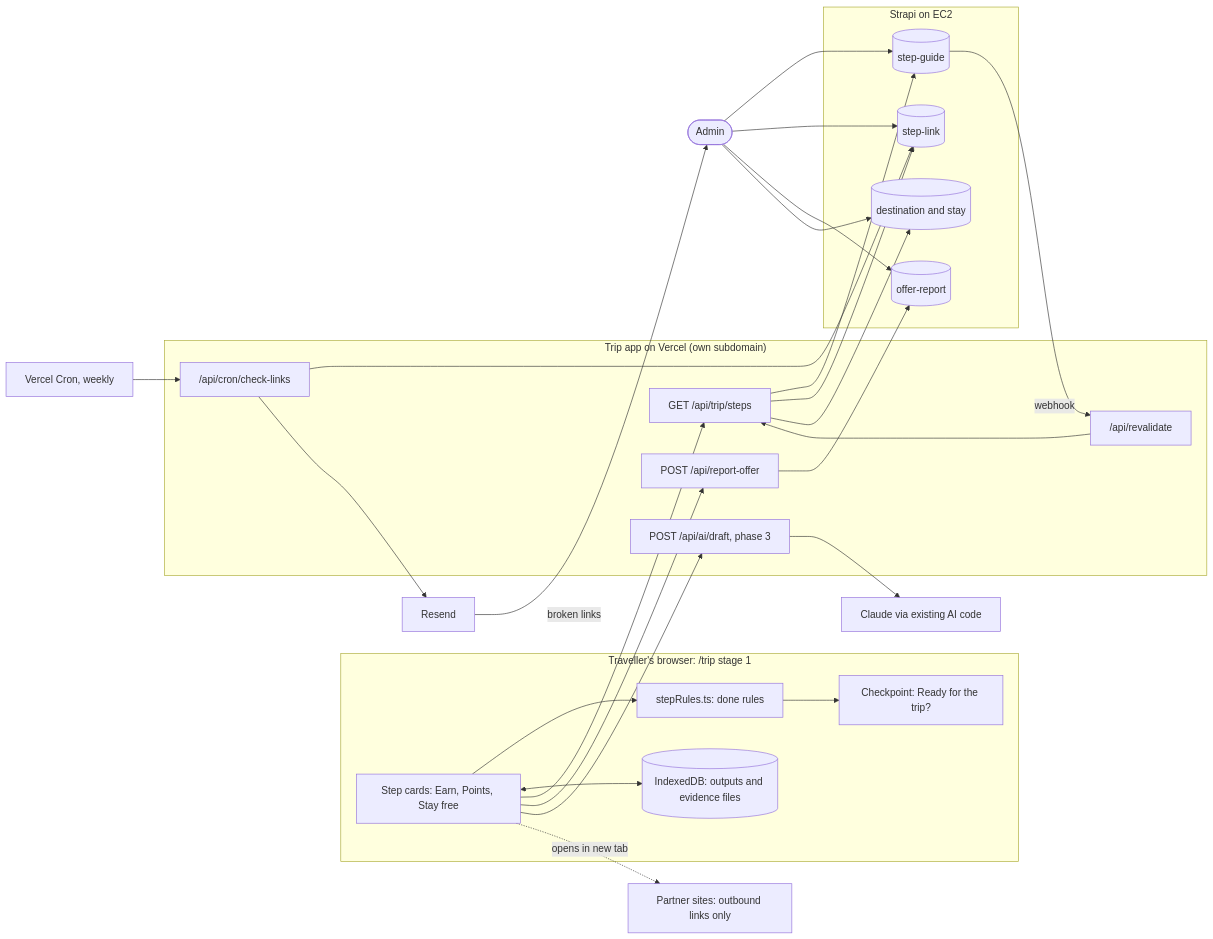
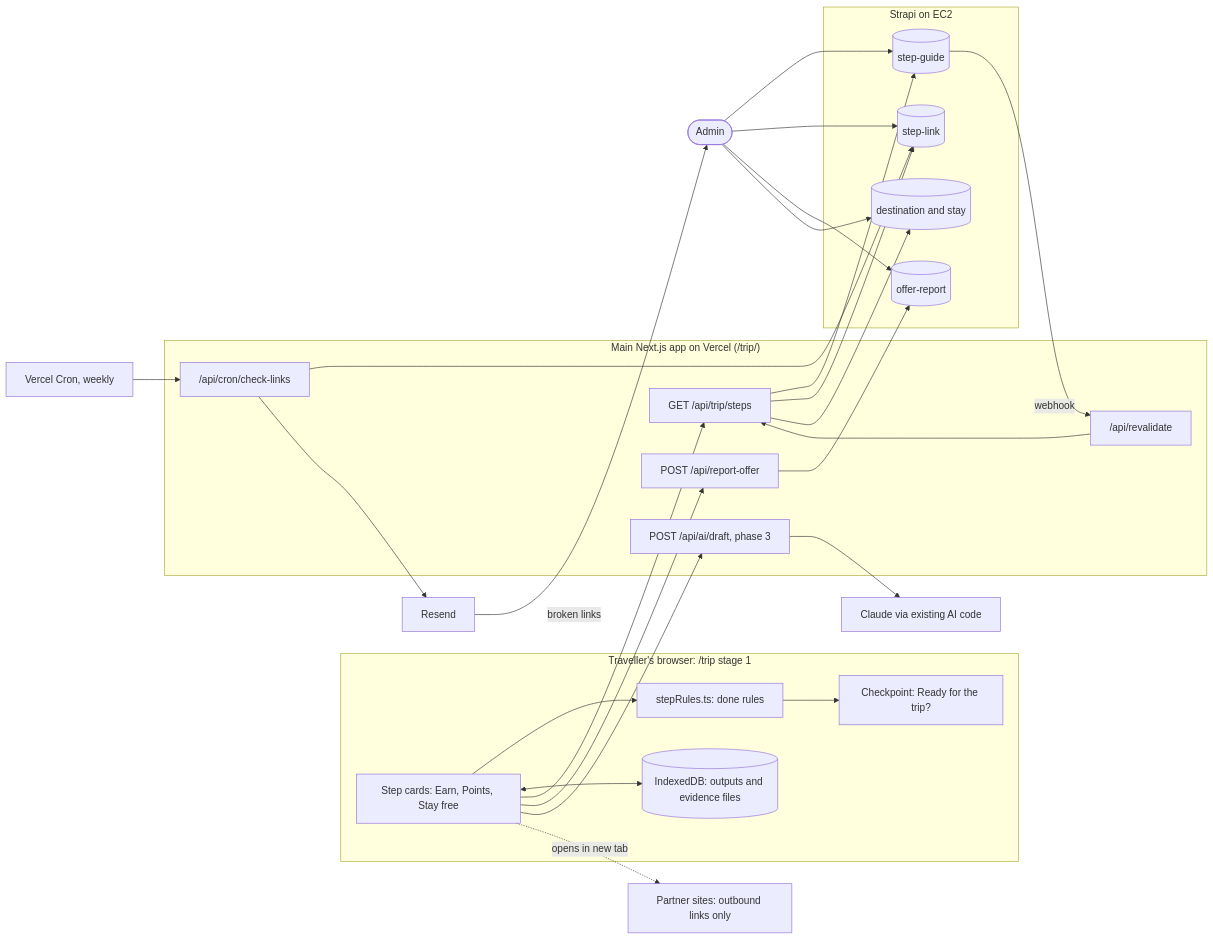
Before and after one commit to bhawnamanglapm/pehchanthetraveller19.github.io: the first of 6 diagrams in docs/25-trip-that-pays/README.md, drawn with Mermaid. The commit also changed other lines of this file and 9 other files, not shown here.

First line of the commit message:
Docs: the trip pages live at /trip/ in the main app, not on a subdomain

````diff
--- a/docs/25-trip-that-pays/README.md
+++ b/docs/25-trip-that-pays/README.md
@@ -723,39 +722,39 @@
 ```mermaid
 flowchart LR
   subgraph Browser["Traveller's browser: /trip stage 1"]
     UI["Step cards: Earn, Points, Stay free"]
     Rules["stepRules.ts: done rules"]
     CP["Checkpoint: Ready for the trip?"]
     IDB[("IndexedDB: outputs and evidence files")]
     UI --> Rules --> CP
     UI <--> IDB
   end
-  subgraph Next["Trip app on Vercel (own subdomain)"]
+  subgraph Next["Main Next.js app on Vercel (/trip/)"]
     Steps["GET /api/trip/steps"]
     Report["POST /api/report-offer"]
     Draft["POST /api/ai/draft, phase 3"]
     Reval["/api/revalidate"]
     Cron["/api/cron/check-links"]
   end
   subgraph CMS["Strapi on EC2"]
     SG[("step-guide")]
     SL[("step-link")]
     OR[("offer-report")]
     DS[("destination and stay")]
   end
   Admin(["Admin"])
   Partners["Partner sites: outbound links only"]
   Resend["Resend"]
   Claude["Claude via existing AI code"]
   VC["Vercel Cron, weekly"]
 
   UI --> Steps
   Steps --> SG & SL & DS
   UI --> Report --> OR
   UI --> Draft --> Claude
   UI -.->|opens in new tab| Partners
   Admin --> SG & SL & OR & DS
   SG -->|webhook| Reval --> Steps
   VC --> Cron --> SL
   Cron --> Resend -->|broken links| Admin
 ```
````
